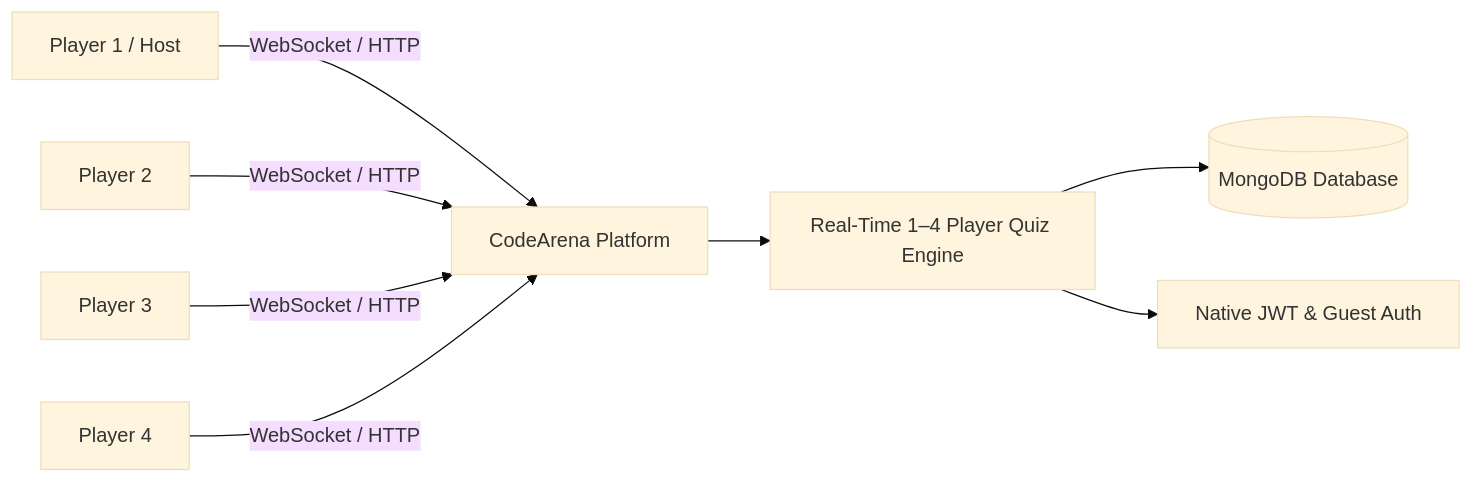
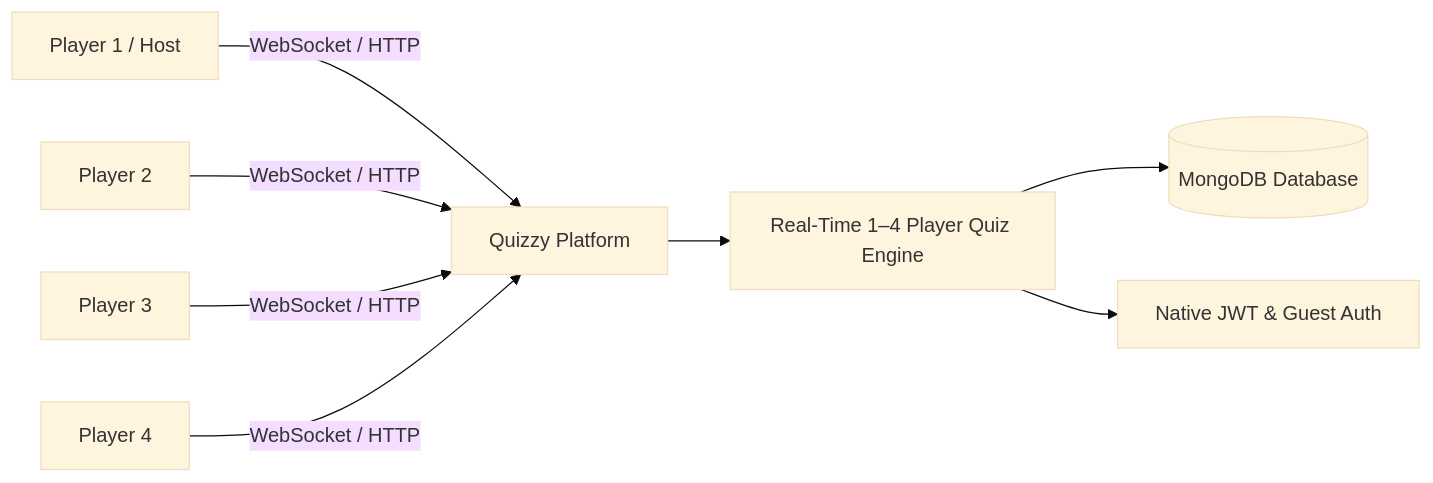
The first of 2 diagrams in docs/00-project-overview.md (harshverma-25/CodeArena), drawn with Mermaid (base theme) before and after one commit. The commit also changed other lines of this file and 59 other files, not shown here.

````diff
--- a/docs/00-project-overview.md
+++ b/docs/00-project-overview.md
@@ -9,10 +9,10 @@
 ```mermaid
 graph LR
-    User1[Player 1 / Host] -- WebSocket / HTTP --> LB[CodeArena Platform]
+    User1[Player 1 / Host] -- WebSocket / HTTP --> LB[Quizzy Platform]
     User2[Player 2] -- WebSocket / HTTP --> LB
     User3[Player 3] -- WebSocket / HTTP --> LB
     User4[Player 4] -- WebSocket / HTTP --> LB
     LB --> Engine[Real-Time 1–4 Player Quiz Engine]
     Engine --> DB[(MongoDB Database)]
     Engine --> Auth[Native JWT & Guest Auth]
 ```
````
